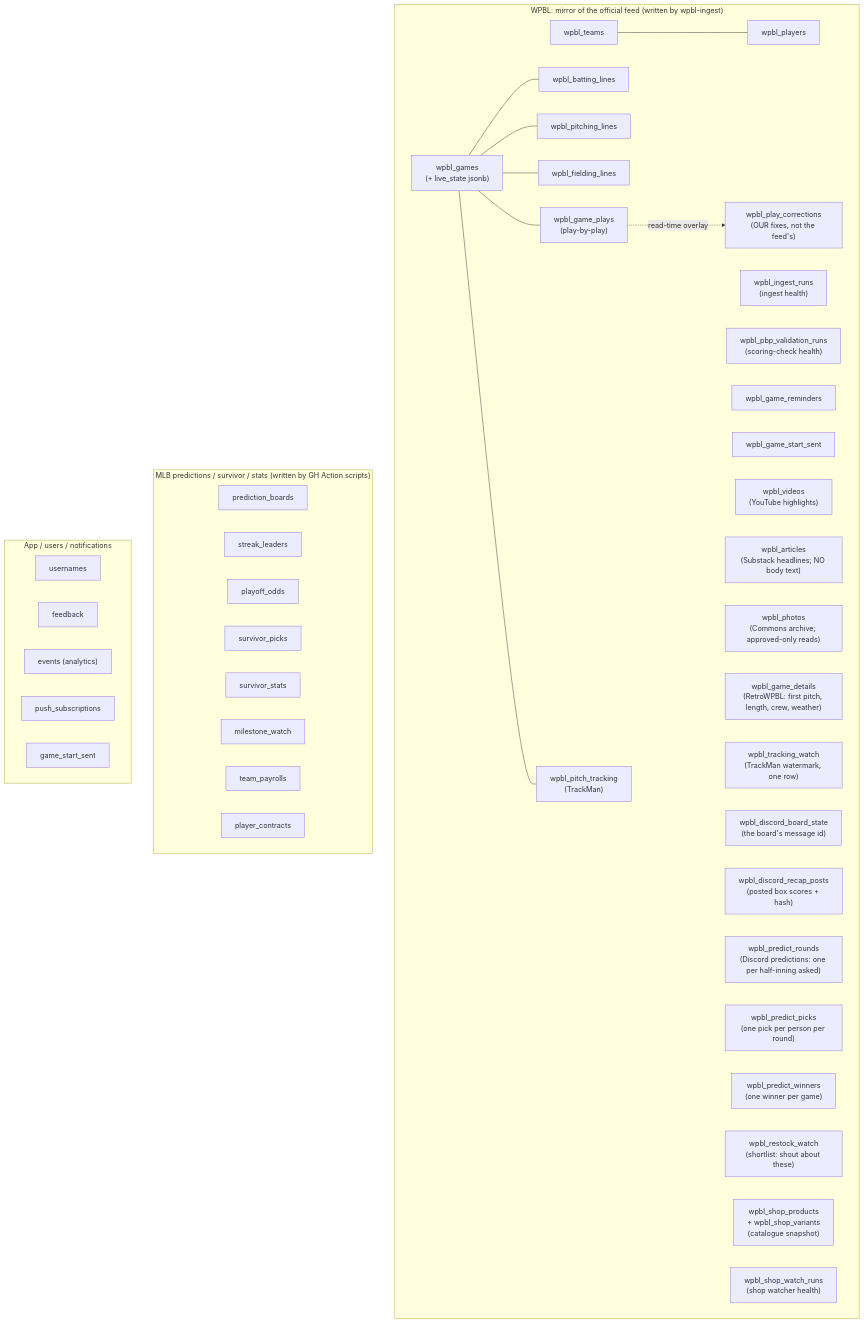
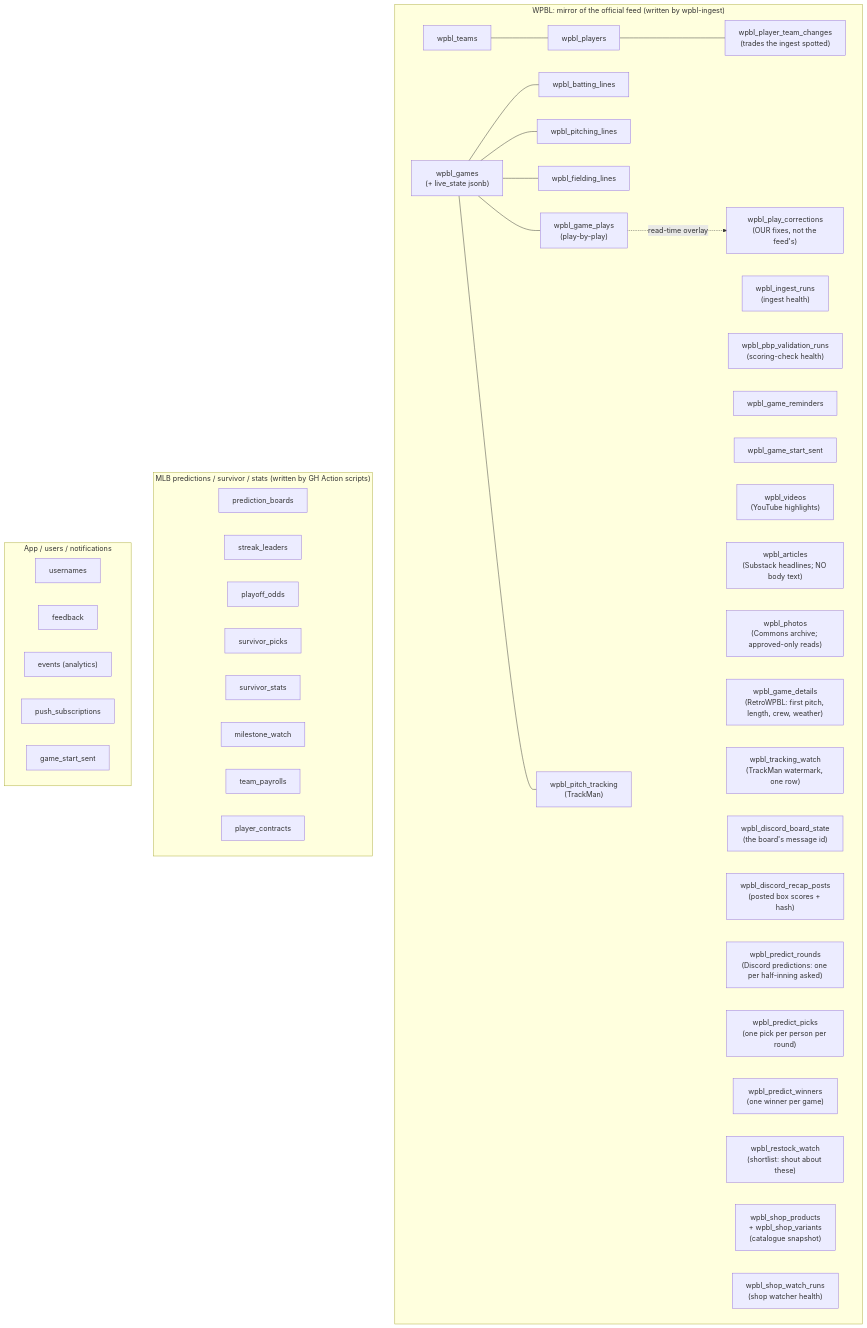
Before and after one commit to sportydolphin/fun: the third of 5 diagrams in ARCHITECTURE.md, drawn with Mermaid. The commit also changed other lines of this file and 17 other files, not shown here.

````diff
--- a/ARCHITECTURE.md
+++ b/ARCHITECTURE.md
@@ -171,54 +171,56 @@
 ```mermaid
 flowchart TB
     subgraph WPBL["WPBL: mirror of the official feed (written by wpbl-ingest)"]
         t_teams["wpbl_teams"]
         t_players["wpbl_players"]
         t_games["wpbl_games<br/>(+ live_state jsonb)"]
         t_bat["wpbl_batting_lines"]
         t_pit["wpbl_pitching_lines"]
         t_field["wpbl_fielding_lines"]
         t_plays["wpbl_game_plays<br/>(play-by-play)"]
         t_track["wpbl_pitch_tracking<br/>(TrackMan)"]
         t_runs["wpbl_ingest_runs<br/>(ingest health)"]
         t_pbpval["wpbl_pbp_validation_runs<br/>(scoring-check health)"]
         t_rem["wpbl_game_reminders"]
         t_wsent["wpbl_game_start_sent"]
         t_vid["wpbl_videos<br/>(YouTube highlights)"]
         t_art["wpbl_articles<br/>(Substack headlines; NO body text)"]
         t_photo["wpbl_photos<br/>(Commons archive; approved-only reads)"]
         t_gdet["wpbl_game_details<br/>(RetroWPBL: first pitch, length, crew, weather)"]
         t_trackwatch["wpbl_tracking_watch<br/>(TrackMan watermark, one row)"]
         t_board["wpbl_discord_board_state<br/>(the board's message id)"]
         t_recap["wpbl_discord_recap_posts<br/>(posted box scores + hash)"]
         t_pround["wpbl_predict_rounds<br/>(Discord predictions: one per half-inning asked)"]
         t_ppick["wpbl_predict_picks<br/>(one pick per person per round)"]
         t_pwin["wpbl_predict_winners<br/>(one winner per game)"]
         t_corr["wpbl_play_corrections<br/>(OUR fixes, not the feed's)"]
+        t_moves["wpbl_player_team_changes<br/>(trades the ingest spotted)"]
         t_restock["wpbl_restock_watch<br/>(shortlist: shout about these)"]
         t_shopp["wpbl_shop_products<br/>+ wpbl_shop_variants<br/>(catalogue snapshot)"]
         t_shopr["wpbl_shop_watch_runs<br/>(shop watcher health)"]
     end
 
     subgraph MLB["MLB predictions / survivor / stats (written by GH Action scripts)"]
         m_boards["prediction_boards"]
         m_streaks["streak_leaders"]
         m_odds["playoff_odds"]
         m_surv["survivor_picks"]
         m_survs["survivor_stats"]
         m_mile["milestone_watch"]
         m_pay["team_payrolls"]
         m_contract["player_contracts"]
     end
 
     subgraph APP["App / users / notifications"]
         a_users["usernames"]
         a_feed["feedback"]
         a_events["events (analytics)"]
         a_push["push_subscriptions"]
         a_sent["game_start_sent"]
     end
 
     t_teams --- t_players
     t_games --- t_bat & t_pit & t_field & t_plays & t_track
     t_plays -.->|read-time overlay| t_corr
+    t_players --- t_moves
 ```
````
